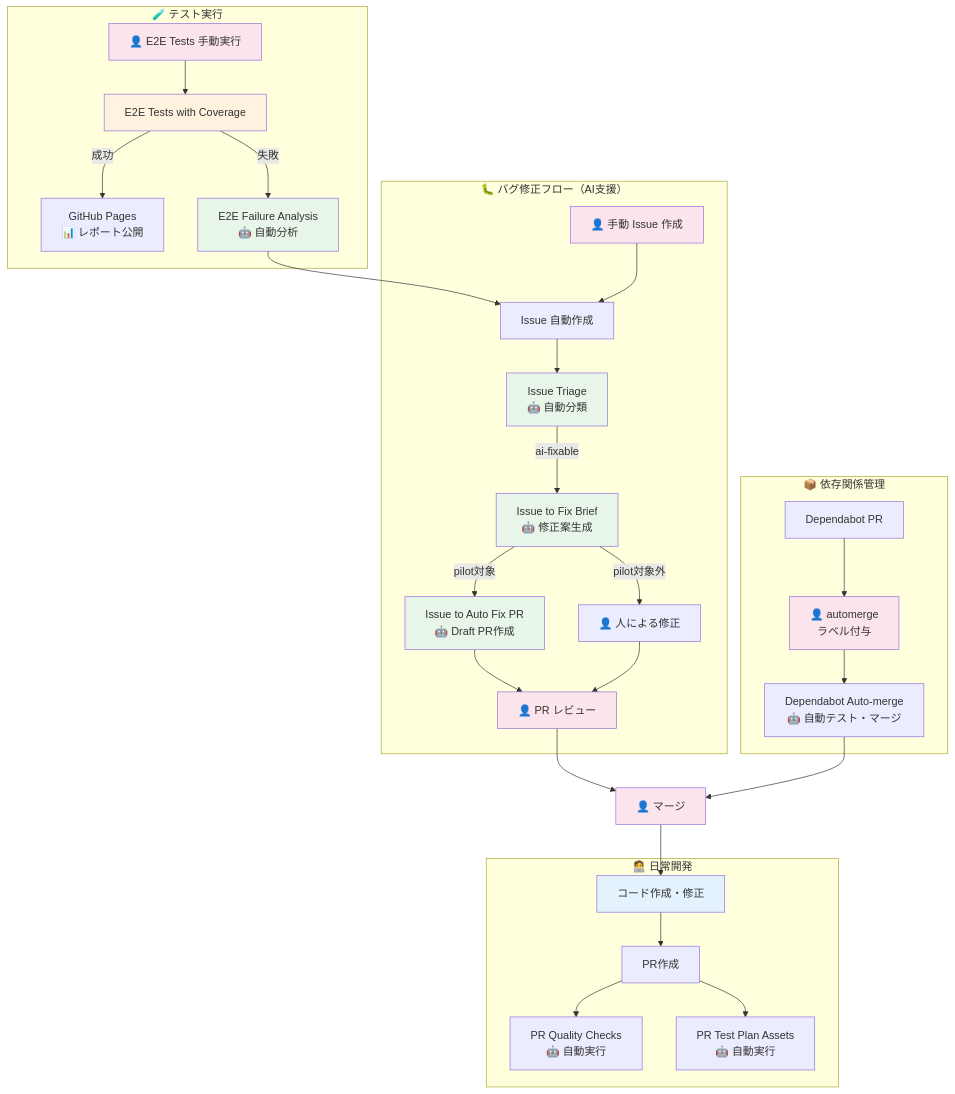
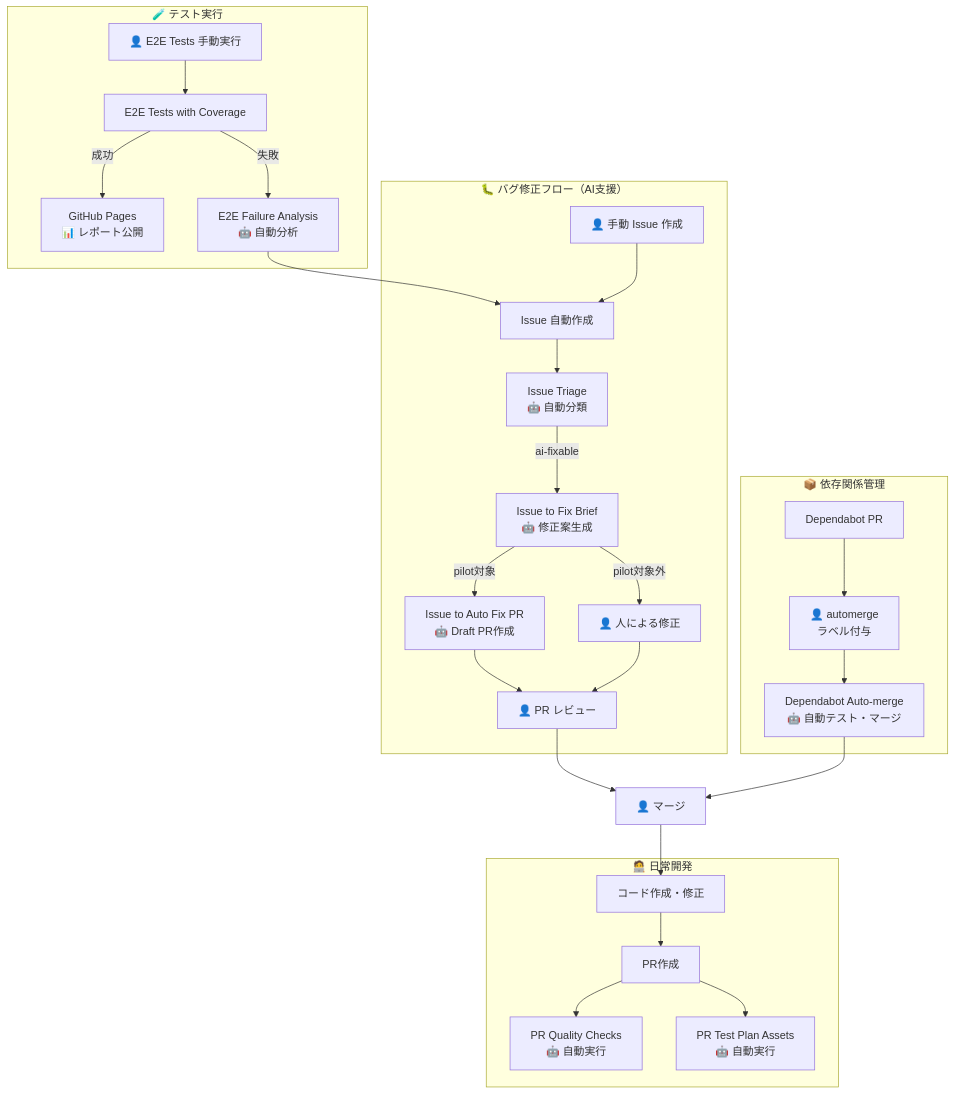
The fifth of 10 diagrams in README.md (cocomomojo/test_app), drawn with Mermaid before and after one commit. The commit also changed other lines of this file, not shown here.

Commit message:
Remove custom colors from all mermaid diagrams for dark mode compatibility

````diff
--- a/README.md
+++ b/README.md
@@ -504,46 +488,34 @@
 ```mermaid
 graph TB
     subgraph "🧑‍💻 日常開発"
         DEV[コード作成・修正] --> PR[PR作成]
         PR --> PR_QUALITY[PR Quality Checks<br/>🤖 自動実行]
         PR --> PR_TEST_PLAN[PR Test Plan Assets<br/>🤖 自動実行]
     end
 
     subgraph "🧪 テスト実行"
         E2E_MANUAL[👤 E2E Tests 手動実行] --> E2E_RUN[E2E Tests with Coverage]
         E2E_RUN -->|成功| PAGES[GitHub Pages<br/>📊 レポート公開]
         E2E_RUN -->|失敗| E2E_ANALYSIS[E2E Failure Analysis<br/>🤖 自動分析]
     end
 
     subgraph "🐛 バグ修正フロー（AI支援）"
         E2E_ANALYSIS --> ISSUE_CREATE[Issue 自動作成]
         MANUAL_ISSUE[👤 手動 Issue 作成] --> ISSUE_CREATE
         ISSUE_CREATE --> TRIAGE[Issue Triage<br/>🤖 自動分類]
         TRIAGE -->|ai-fixable| FIX_BRIEF[Issue to Fix Brief<br/>🤖 修正案生成]
         FIX_BRIEF -->|pilot対象| AUTO_FIX[Issue to Auto Fix PR<br/>🤖 Draft PR作成]
         FIX_BRIEF -->|pilot対象外| HUMAN_FIX[👤 人による修正]
         AUTO_FIX --> REVIEW[👤 PR レビュー]
         HUMAN_FIX --> REVIEW
     end
 
     subgraph "📦 依存関係管理"
         DEPENDABOT[Dependabot PR] --> LABEL[👤 automerge<br/>ラベル付与]
         LABEL --> AUTO_MERGE[Dependabot Auto-merge<br/>🤖 自動テスト・マージ]
     end
 
     REVIEW --> MERGE[👤 マージ]
     AUTO_MERGE --> MERGE
     MERGE --> DEV
-
-    style DEV fill:#e3f2fd
-    style E2E_RUN fill:#fff3e0
-    style TRIAGE fill:#e8f5e9
-    style FIX_BRIEF fill:#e8f5e9
-    style AUTO_FIX fill:#e8f5e9
-    style E2E_ANALYSIS fill:#e8f5e9
-    style REVIEW fill:#fce4ec
-    style MERGE fill:#fce4ec
-    style E2E_MANUAL fill:#fce4ec
-    style MANUAL_ISSUE fill:#fce4ec
-    style LABEL fill:#fce4ec
 ```
````
